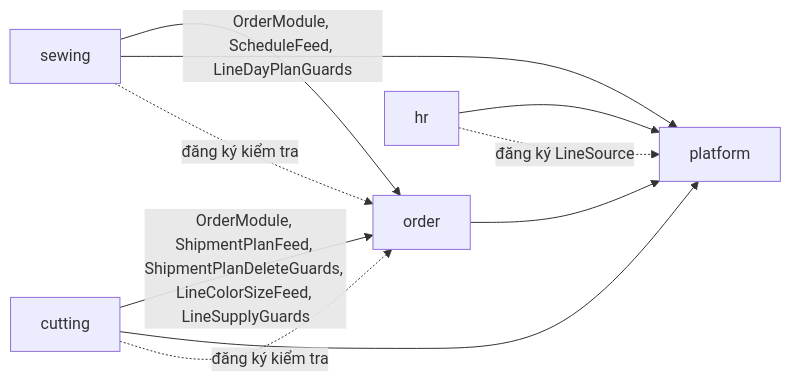
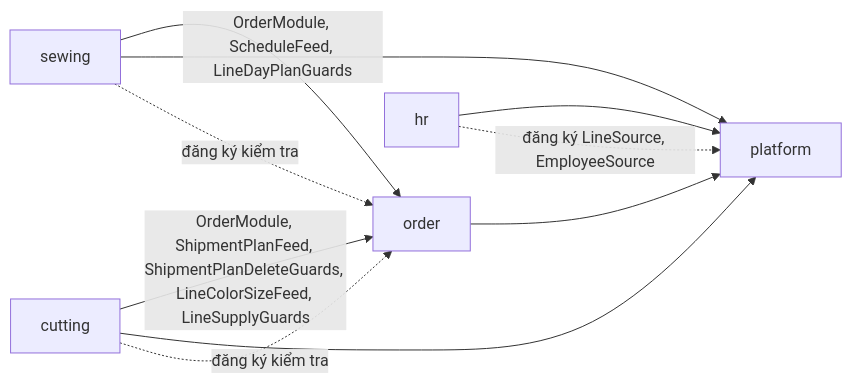
The second of 2 diagrams in docs/ARCHITECTURE.md (quangdatdev/MES_VSN), drawn with Mermaid before and after one commit. The commit also changed other lines of this file and 48 other files, not shown here.

````diff
--- a/docs/ARCHITECTURE.md
+++ b/docs/ARCHITECTURE.md
@@ -110,12 +110,12 @@
 ```mermaid
 flowchart LR
   sewing -->|OrderModule, ScheduleFeed, LineDayPlanGuards| order
   cutting -->|OrderModule, ShipmentPlanFeed, ShipmentPlanDeleteGuards, LineColorSizeFeed, LineSupplyGuards| order
   order --> platform
   sewing --> platform
   cutting --> platform
   hr --> platform
-  hr -. đăng ký LineSource .-> platform
+  hr -. đăng ký LineSource, EmployeeSource .-> platform
   sewing -. đăng ký kiểm tra .-> order
   cutting -. đăng ký kiểm tra .-> order
 ```
````
